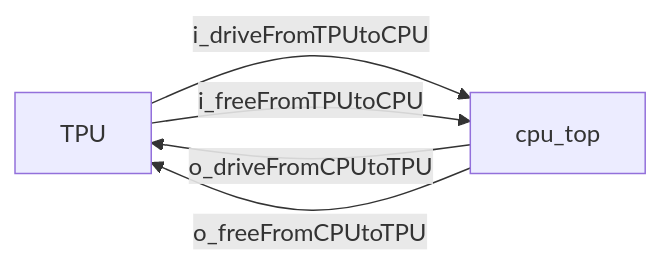
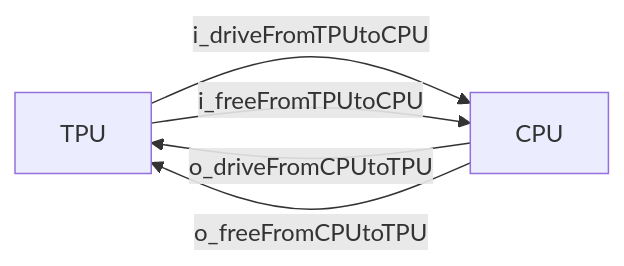
Before and after one commit to qcjjsyx/code_helper: the first of 3 diagrams in docs/manuals/CPUwithCache.md, drawn with Mermaid. The commit also changed other lines of this file and 2 other files, not shown here.

````diff
--- a/docs/manuals/CPUwithCache.md
+++ b/docs/manuals/CPUwithCache.md
@@ -73,7 +76,7 @@
 ```mermaid
 graph LR
-  A[TPU] -->|i_driveFromTPUtoCPU| B[cpu_top]
-  B -->|o_driveFromCPUtoTPU| A
+  A[TPU] -->|i_driveFromTPUtoCPU| B
+  B[CPU] -->|o_driveFromCPUtoTPU| A
   A -->|i_freeFromTPUtoCPU| B
   B -->|o_freeFromCPUtoTPU| A
 ```
````
